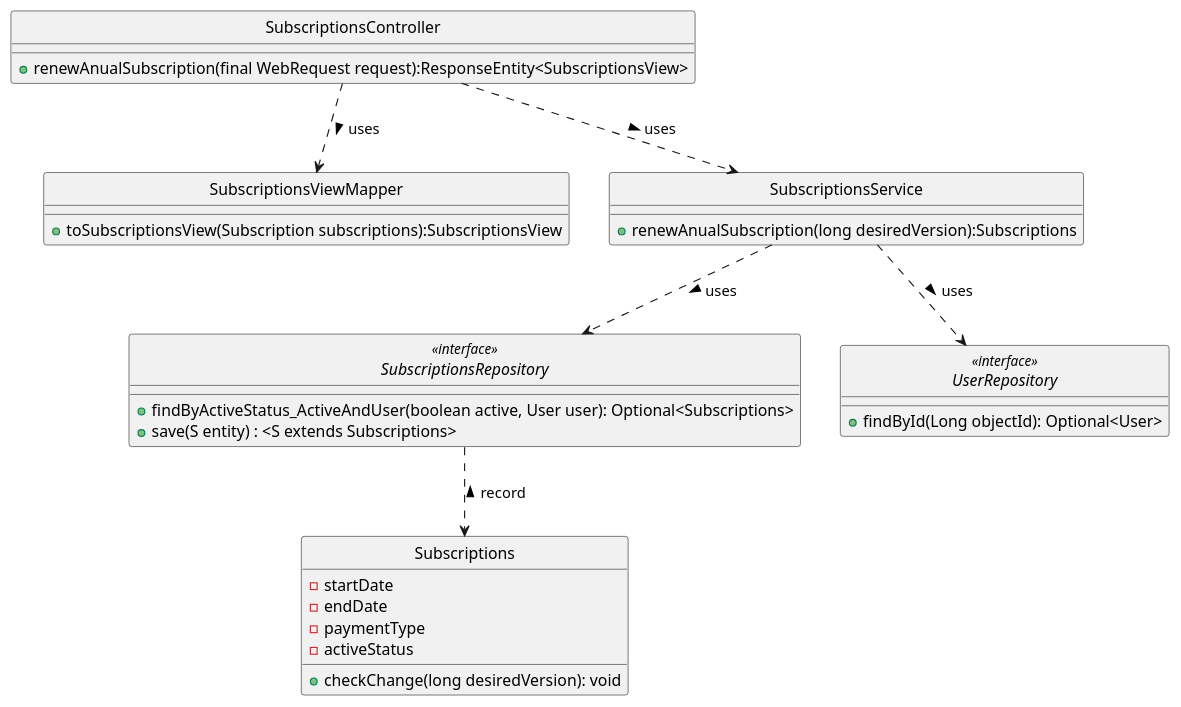
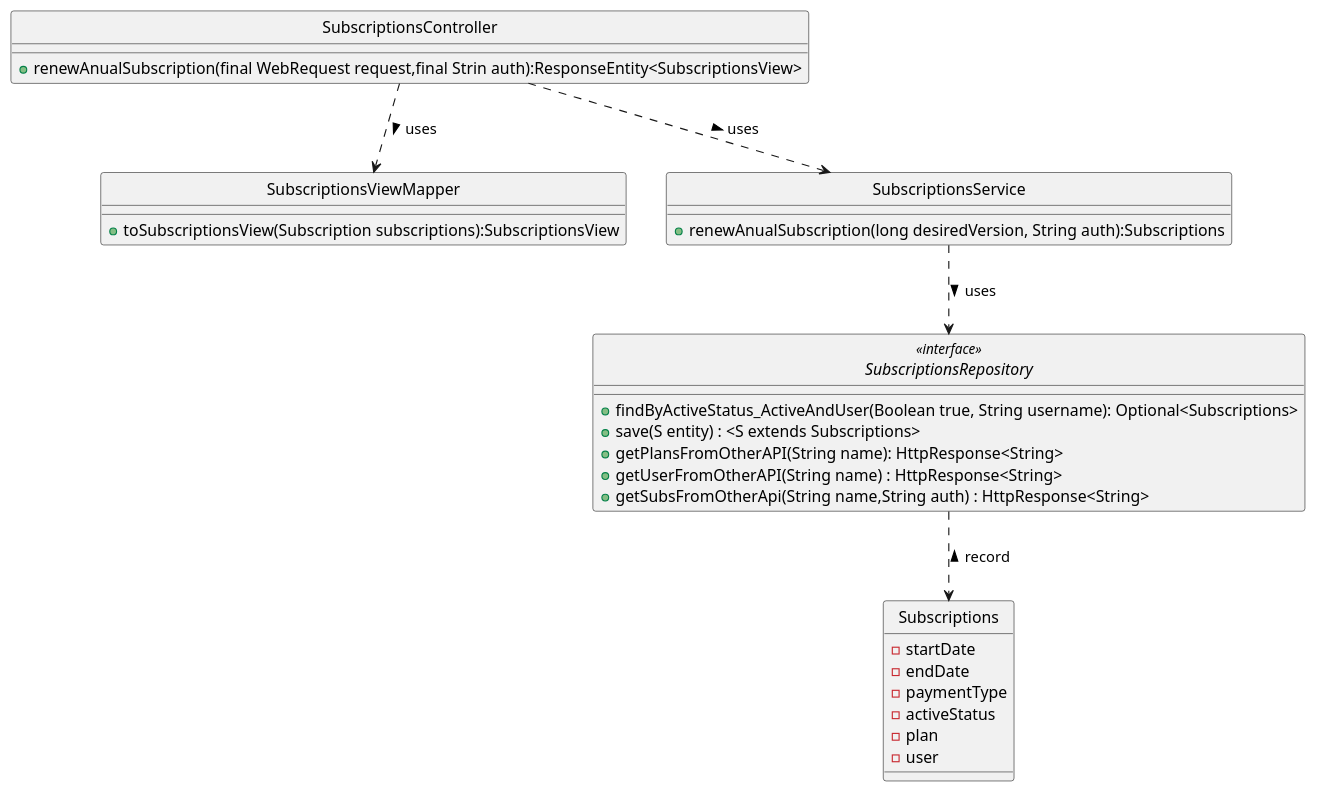
Before and after one commit to IsepMartimOliveira/SIDIS: the diagram in docs_sidis/Subs/UC23 - RenewSubs/UC23-CD.puml, drawn with PlantUML. The commit also changed 35 other files, not shown here.

```diff
--- a/docs_sidis/Subs/UC23 - RenewSubs/UC23-CD.puml
+++ b/docs_sidis/Subs/UC23 - RenewSubs/UC23-CD.puml
@@ -1,49 +1,47 @@
 @startuml
 'https://plantuml.com/class-diagram
 hide circle
 class SubscriptionsRepository <<interface>>
-class UserRepository <<interface>>
-
 
 class Subscriptions {
     -startDate
     -endDate
     -paymentType
     -activeStatus
-    +checkChange(long desiredVersion): void
+    -plan
+    -user
 }
 
 
 
 class SubscriptionsViewMapper{
     +toSubscriptionsView(Subscription subscriptions):SubscriptionsView
 }
 class SubscriptionsController{
-    +renewAnualSubscription(final WebRequest request):ResponseEntity<SubscriptionsView>
+    +renewAnualSubscription(final WebRequest request,final Strin auth):ResponseEntity<SubscriptionsView>
     }
 class SubscriptionsService{
- +renewAnualSubscription(long desiredVersion):Subscriptions
+ +renewAnualSubscription(long desiredVersion, String auth):Subscriptions
 
 }
 
 
-interface UserRepository
-{
-+findById(Long objectId): Optional<User>
-}
 
 
 interface SubscriptionsRepository
 {
-+findByActiveStatus_ActiveAndUser(boolean active, User user): Optional<Subscriptions>
++findByActiveStatus_ActiveAndUser(Boolean true, String username): Optional<Subscriptions>
 +save(S entity) : <S extends Subscriptions>
++getPlansFromOtherAPI(String name): HttpResponse<String>
++getUserFromOtherAPI(String name) : HttpResponse<String>
++getSubsFromOtherApi(String name,String auth) : HttpResponse<String>
 }
+
 
 
 
 SubscriptionsController ..> SubscriptionsService: uses >
 SubscriptionsService ..> SubscriptionsRepository: uses >
-SubscriptionsService ..> UserRepository: uses >
 SubscriptionsRepository ..> Subscriptions: < record
 SubscriptionsController ..>SubscriptionsViewMapper: uses >
 @enduml
```
